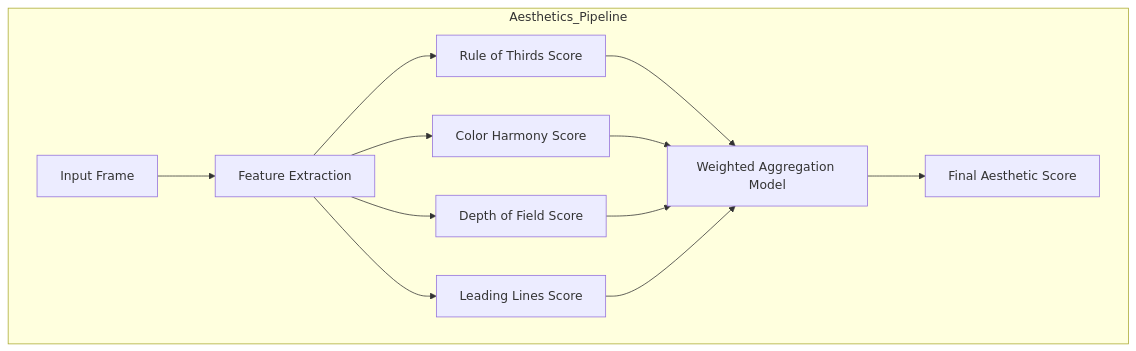
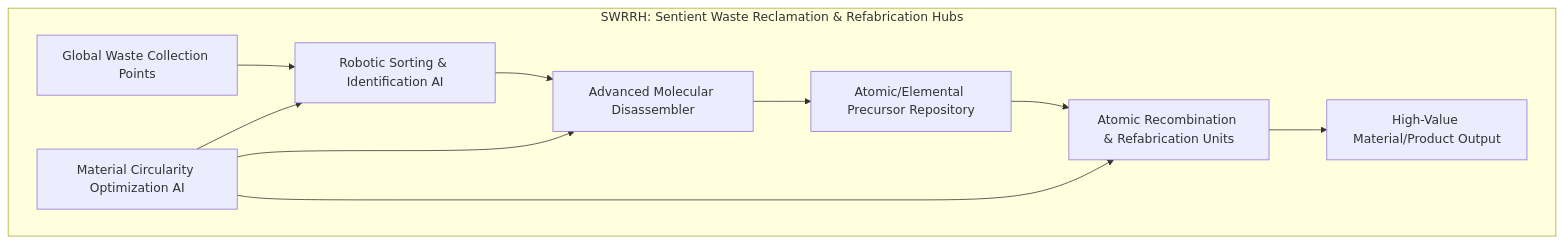
Before and after one commit to diplomat-bit/Citibank_Demo_Business_Inc_Demonstration-: the eighth of 11 diagrams in inventions/107_generative_cinematic_storyboarding.md, drawn with Mermaid. The commit also changed other lines of this file, not shown here.

````diff
--- a/inventions/107_generative_cinematic_storyboarding.md
+++ b/inventions/107_generative_cinematic_storyboarding.md
@@ -446,12 +245,13 @@
 ```mermaid
 graph TD
-    subgraph Aesthetics_Pipeline
-        A[Input Frame] --> B[Feature Extraction]
-        B --> C1[Rule of Thirds Score]
-        B --> C2[Color Harmony Score]
-        B --> C3[Depth of Field Score]
-        B --> C4[Leading Lines Score]
-        C1 & C2 & C3 & C4 --> D[Weighted Aggregation Model]
-        D --> E[Final Aesthetic Score]
+    subgraph SWRRH: Sentient Waste Reclamation & Refabrication Hubs
+        A[Global Waste Collection Points] --> B[Robotic Sorting & Identification AI]
+        B --> C[Advanced Molecular Disassembler]
+        C --> D[Atomic/Elemental Precursor Repository]
+        D --> E[Atomic Recombination & Refabrication Units]
+        E --> F[High-Value Material/Product Output]
+        G[Material Circularity Optimization AI] --> B
+        G --> C
+        G --> E
     end
 ```
````
